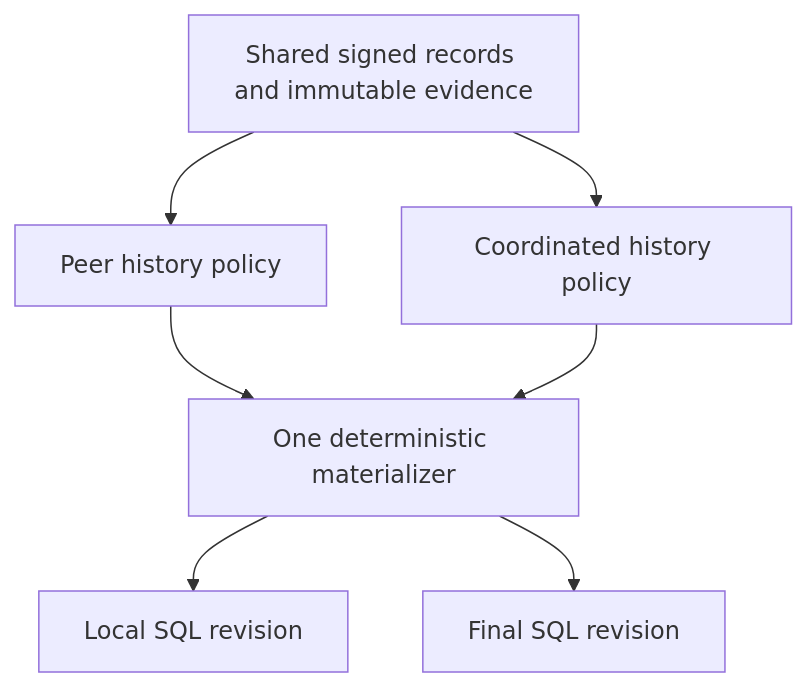
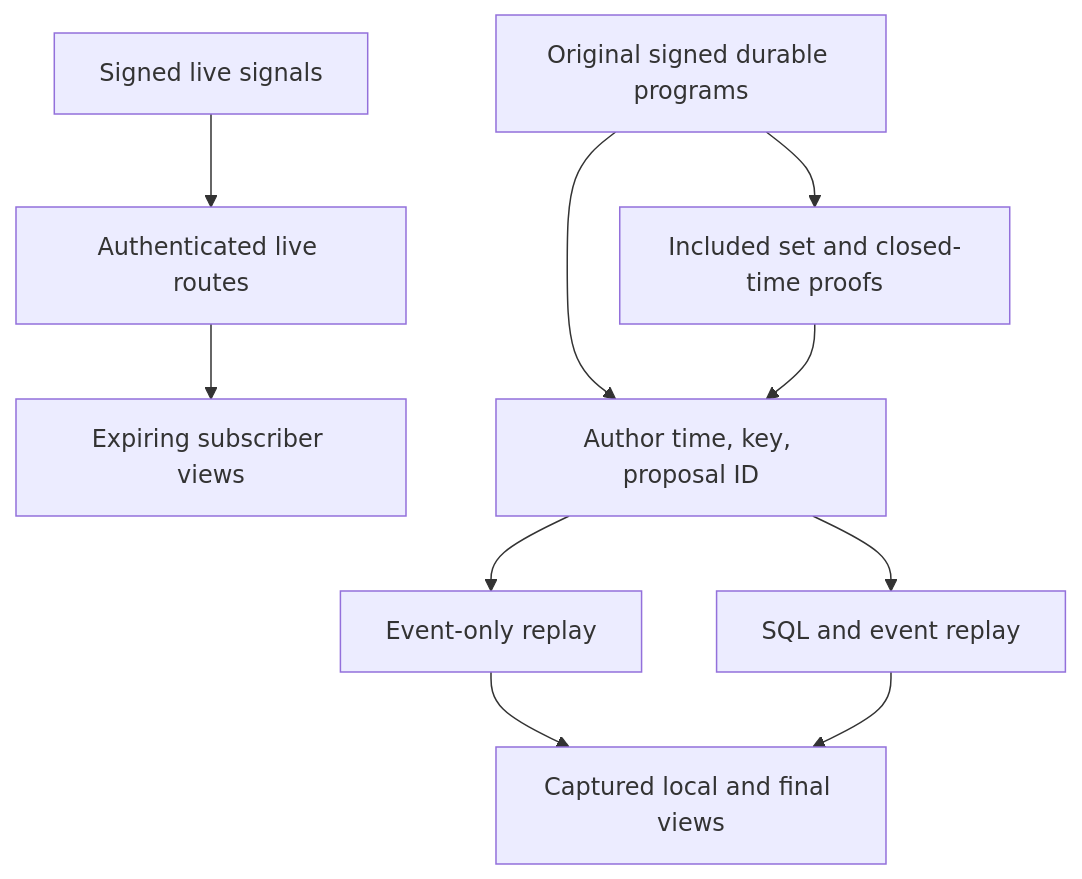
One commit to werg/chronolog changed the diagram in docs/design.md. Above: the diagram before and after it, drawn with Mermaid. The commit also changed other lines of this file and 76 other files, not shown here.

First line of the commit message:
Consolidate live signals, applied finality views, and agent authority

````diff
--- a/docs/design.md
+++ b/docs/design.md
@@ -31,9 +41,12 @@
 ```mermaid
 flowchart TD
-  Records["Shared signed records and immutable evidence"] --> Peer["Peer history policy"]
-  Records --> Coordinated["Coordinated history policy"]
-  Peer --> Materializer["One deterministic materializer"]
-  Coordinated --> Materializer
-  Materializer --> Local["Local SQL revision"]
-  Materializer --> Final["Final SQL revision"]
+  Signals["Signed live signals"] --> Live["Authenticated live routes"]
+  Live --> Subscribers["Expiring subscriber views"]
+  Records["Original signed durable programs"] --> Included["Included set and closed-time proofs"]
+  Records --> Order["Author time, key, proposal ID"]
+  Included --> Order
+  Order --> Events["Event-only replay"]
+  Order --> SQL["SQL and event replay"]
+  Events --> Views["Captured local and final views"]
+  SQL --> Views
 ```
````
